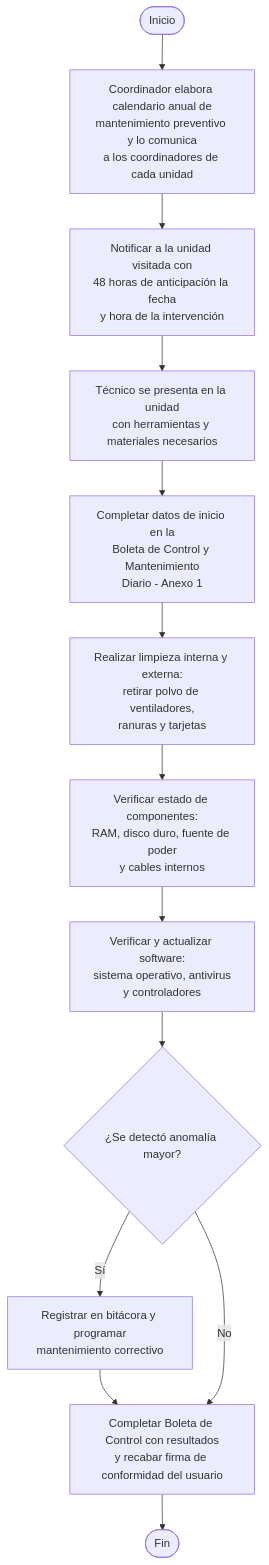
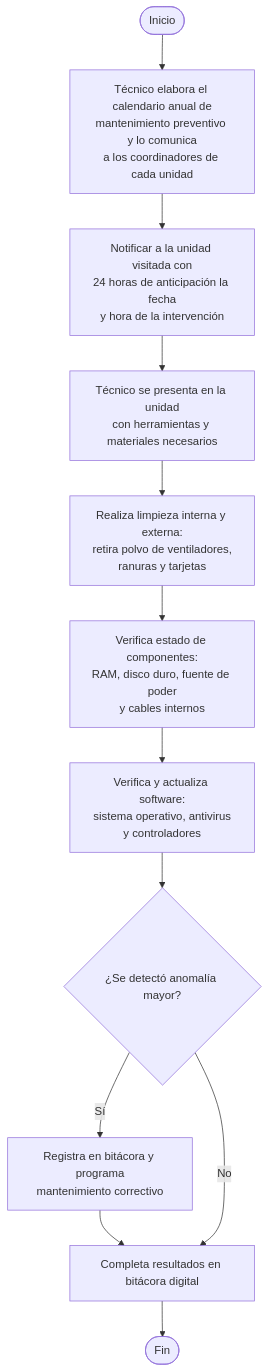
Before and after one commit to InformaticaMPZ/EsquemaDeProcedimientosMPZ: the diagram in mantenimiento_preventivo_de_equipos_de_computo.md, drawn with Mermaid. The commit also changed 13 other files, not shown here.

Commit message:
fix: diagrams

````diff
--- a/mantenimiento_preventivo_de_equipos_de_computo.md
+++ b/mantenimiento_preventivo_de_equipos_de_computo.md
@@ -1,25 +1,23 @@
 ```mermaid
 flowchart TD
-    A([Inicio]) --> B[Coordinador elabora calendario anual de<br/>mantenimiento preventivo y lo comunica<br/>a los coordinadores de cada unidad]
+    A([Inicio]) --> B[Técnico elabora el calendario anual de<br/>mantenimiento preventivo y lo comunica<br/>a los coordinadores de cada unidad]
 
-    B --> C[Notificar a la unidad visitada con<br/>48 horas de anticipación la fecha<br/>y hora de la intervención]
+    B --> C[Notificar a la unidad visitada con<br/>24 horas de anticipación la fecha<br/>y hora de la intervención]
 
     C --> D[Técnico se presenta en la unidad<br/>con herramientas y materiales necesarios]
 
-    D --> E[Completar datos de inicio en la<br/>Boleta de Control y Mantenimiento<br/>Diario - Anexo 1]
+    D --> E[Realiza limpieza interna y externa:<br/>retira polvo de ventiladores,<br/>ranuras y tarjetas]
 
-    E --> F[Realizar limpieza interna y externa:<br/>retirar polvo de ventiladores,<br/>ranuras y tarjetas]
+    E --> F[Verifica estado de componentes:<br/>RAM, disco duro, fuente de poder<br/>y cables internos]
 
-    F --> G[Verificar estado de componentes:<br/>RAM, disco duro, fuente de poder<br/>y cables internos]
+    F --> G[Verifica y actualiza software:<br/>sistema operativo, antivirus<br/>y controladores]
 
-    G --> H[Verificar y actualizar software:<br/>sistema operativo, antivirus<br/>y controladores]
+    G --> H{¿Se detectó anomalía mayor?}
 
-    H --> I{¿Se detectó anomalía mayor?}
+    H -- Sí --> I[Registra en bitácora y programa<br/>mantenimiento correctivo]
+    I --> J[Completa resultados en bitácora digital]
 
-    I -- Sí --> J[Registrar en bitácora y programar<br/>mantenimiento correctivo]
-    J --> K[Completar Boleta de Control con resultados<br/>y recabar firma de conformidad del usuario]
+    H -- No --> J
 
-    I -- No --> K
-
-    K --> FIN([Fin])
+    J --> FIN([Fin])
 ```
````
